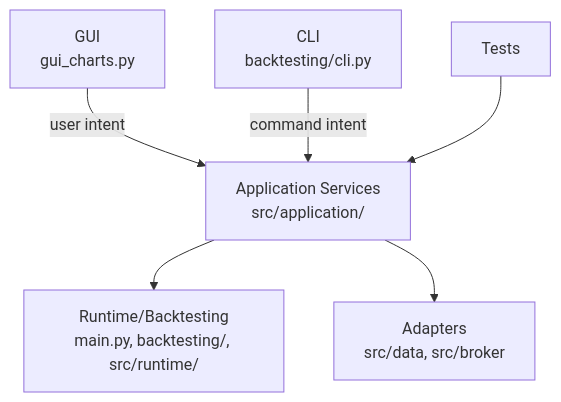
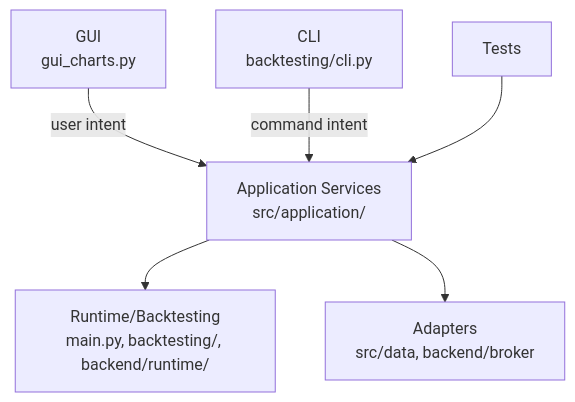
The diagram in docs/DocsTradingSystemObsidian/architecture/application-services.md (aloantony/strategy-forge), drawn with Mermaid before and after one commit. The commit also changed other lines of this file and 673 other files, not shown here.

````diff
--- a/docs/DocsTradingSystemObsidian/architecture/application-services.md
+++ b/docs/DocsTradingSystemObsidian/architecture/application-services.md
@@ -40,15 +40,15 @@
 ```mermaid
 flowchart TB
   GUI["GUI\ngui_charts.py"]
   CLI["CLI\nbacktesting/cli.py"]
   Tests["Tests"]
   Services["Application Services\nsrc/application/"]
-  Runtime["Runtime/Backtesting\nmain.py, backtesting/, src/runtime/"]
-  Adapters["Adapters\nsrc/data, src/broker"]
+  Runtime["Runtime/Backtesting\nmain.py, backtesting/, backend/runtime/"]
+  Adapters["Adapters\nsrc/data, backend/broker"]
 
   GUI -->|user intent| Services
   CLI -->|command intent| Services
   Tests --> Services
   Services --> Runtime
   Services --> Adapters
 ```
````
